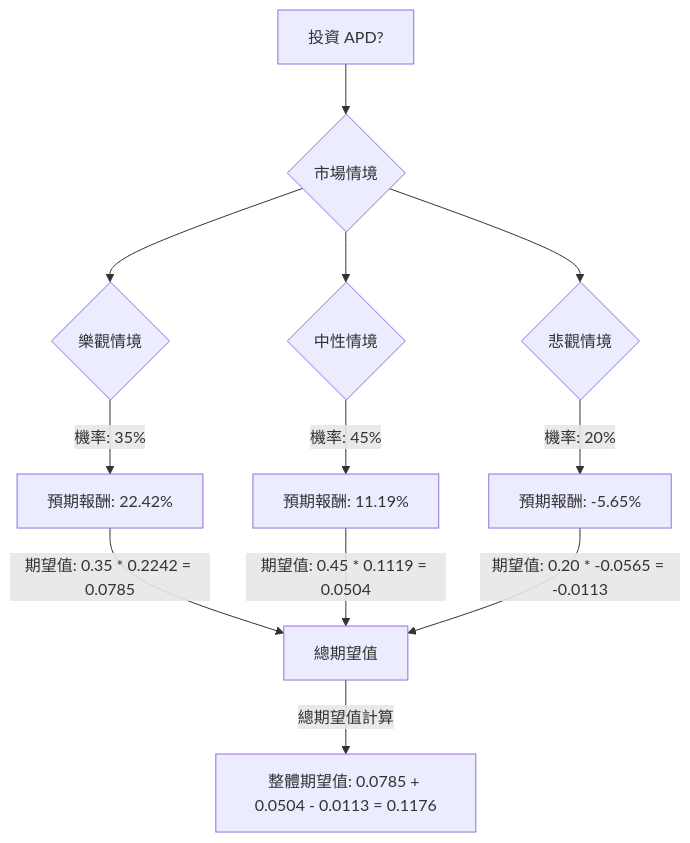
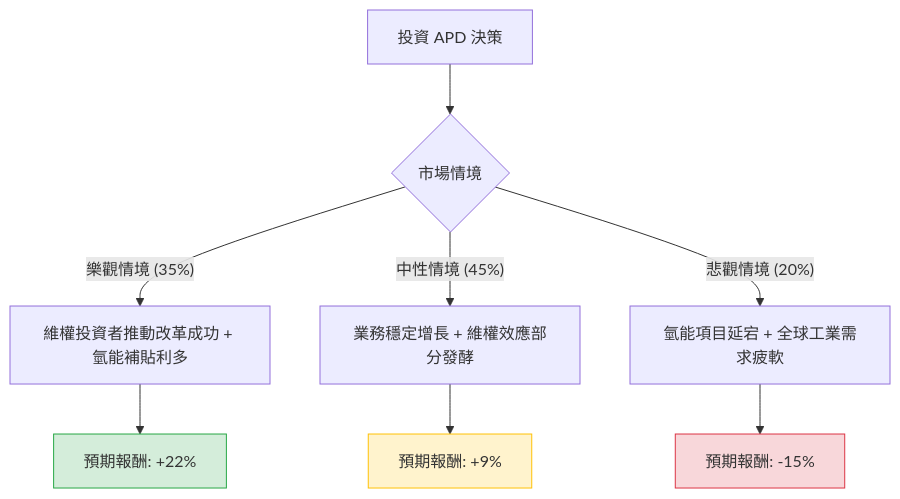
One commit to zmcx16/zmcx16.github.io changed the diagram in plugin-react/ai-analysis/ev-analysis/APD.md. Above: the diagram before and after it, drawn with Mermaid. The commit also changed other lines of this file and 77 other files, not shown here.

````diff
--- a/plugin-react/ai-analysis/ev-analysis/APD.md
+++ b/plugin-react/ai-analysis/ev-analysis/APD.md
@@ -48,18 +24,16 @@
 ```mermaid
 graph TD
-    A[投資 APD?] --> B{市場情境};
+    A[投資 APD 決策] --> B{市場情境}
+    
+    B -- 樂觀情境 (35%) --> C[維權投資者推動改革成功 + 氫能補貼利多]
+    B -- 中性情境 (45%) --> D[業務穩定增長 + 維權效應部分發酵]
+    B -- 悲觀情境 (20%) --> E[氫能項目延宕 + 全球工業需求疲軟]
 
-    B --> C{樂觀情境};
-    C -- 機率: 35% --> C1[預期報酬: 22.42%];
-    C1 -- 期望值: 0.35 * 0.2242 = 0.0785 --> D[總期望值];
+    C --> C1[預期報酬: +22%]
+    D --> D1[預期報酬: +9%]
+    E --> E1[預期報酬: -15%]
 
-    B --> E{中性情境};
-    E -- 機率: 45% --> E1[預期報酬: 11.19%];
-    E1 -- 期望值: 0.45 * 0.1119 = 0.0504 --> D;
-
-    B --> F{悲觀情境};
-    F -- 機率: 20% --> F1[預期報酬: -5.65%];
-    F1 -- 期望值: 0.20 * -0.0565 = -0.0113 --> D;
-
-    D -- 總期望值計算 --> G[整體期望值: 0.0785 + 0.0504 - 0.0113 = 0.1176];
+    style C1 fill:#d4edda,stroke:#28a745
+    style D1 fill:#fff3cd,stroke:#ffc107
+    style E1 fill:#f8d7da,stroke:#dc3545
 ```
````
